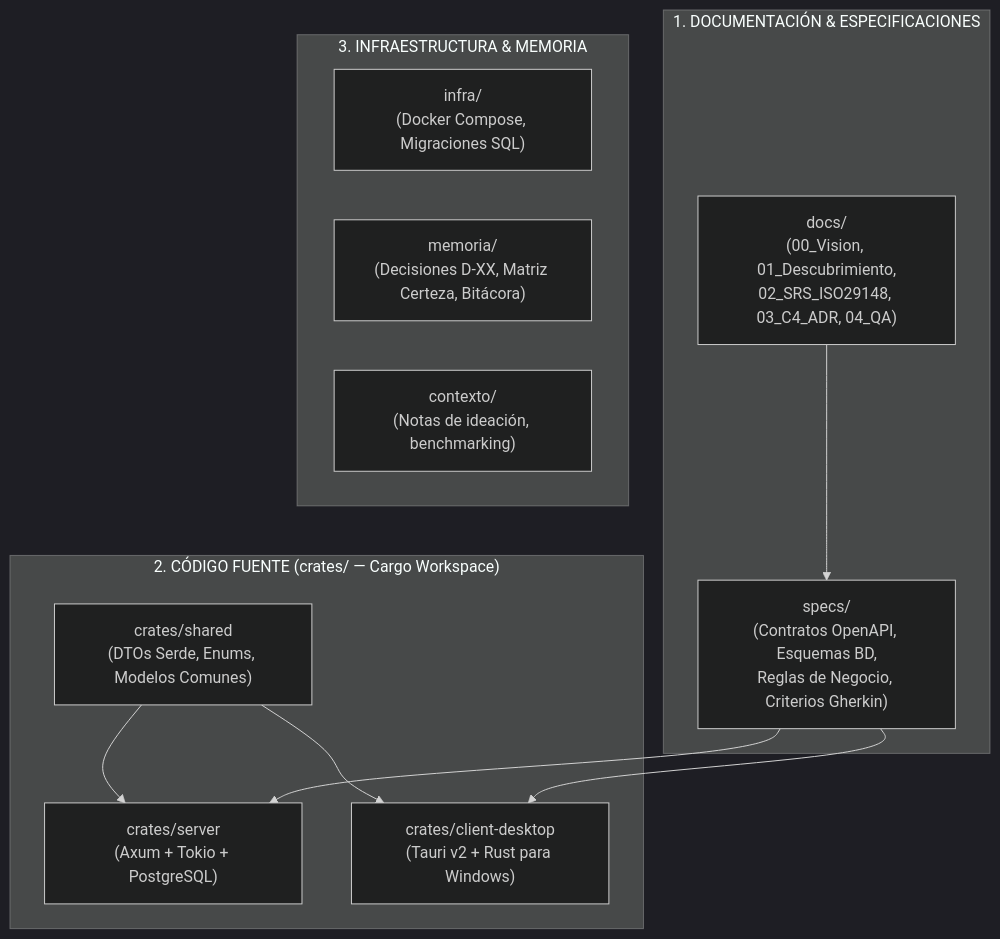
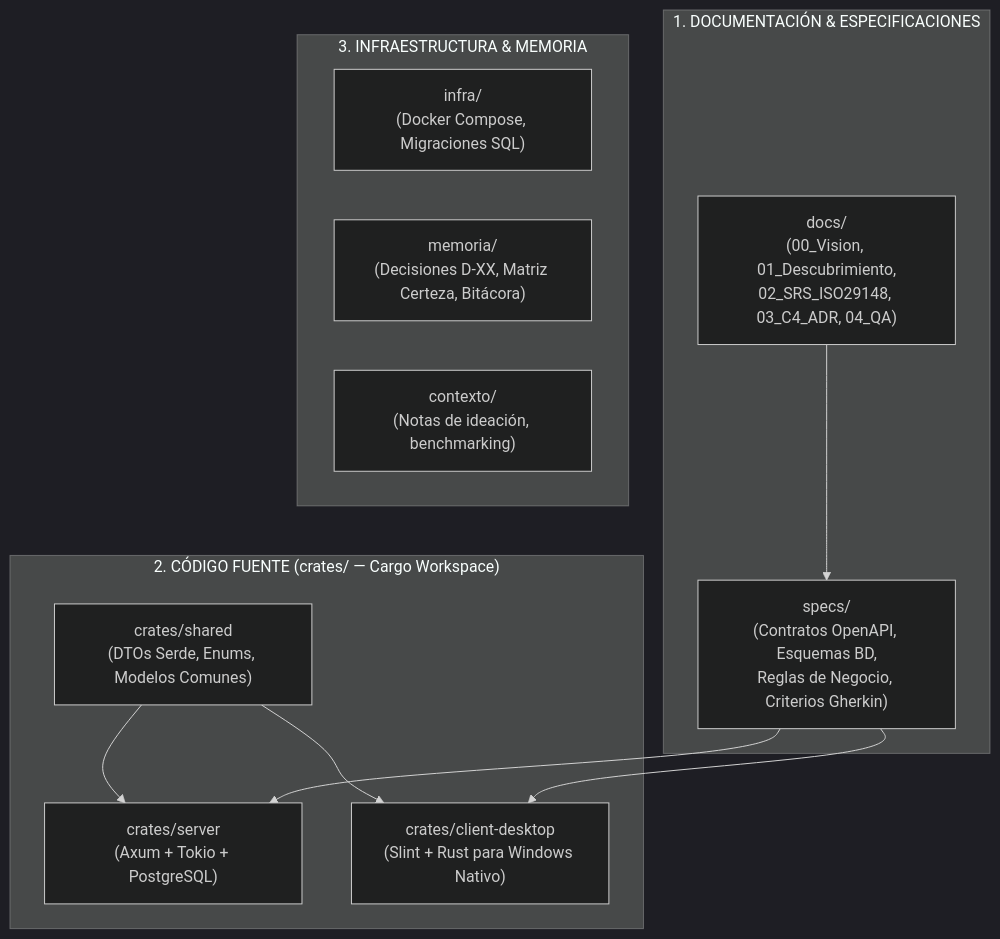
One commit to cr1c4rd0/Mamori changed the diagram in README.md. Above: the diagram before and after it, drawn with Mermaid (dark theme). The commit also changed other lines of this file and 10 other files, not shown here.

Commit message:
feat: migrate desktop client from tauri to native slint framework

````diff
--- a/README.md
+++ b/README.md
@@ -10,25 +10,25 @@
 ```mermaid
 flowchart TD
     subgraph P_DOCS ["1. DOCUMENTACIÓN & ESPECIFICACIONES"]
         DOCS["docs/<br/>(00_Vision, 01_Descubrimiento,<br/>02_SRS_ISO29148, 03_C4_ADR, 04_QA)"]
         SPECS["specs/<br/>(Contratos OpenAPI, Esquemas BD,<br/>Reglas de Negocio, Criterios Gherkin)"]
     end
 
     subgraph P_CODE ["2. CÓDIGO FUENTE (crates/ — Cargo Workspace)"]
         SHARED["crates/shared<br/>(DTOs Serde, Enums, Modelos Comunes)"]
         SERVER["crates/server<br/>(Axum + Tokio + PostgreSQL)"]
-        CLIENT["crates/client-desktop<br/>(Tauri v2 + Rust para Windows)"]
+        CLIENT["crates/client-desktop<br/>(Slint + Rust para Windows Nativo)"]
     end
 
     subgraph P_INFRA ["3. INFRAESTRUCTURA & MEMORIA"]
         INFRA["infra/<br/>(Docker Compose, Migraciones SQL)"]
         MEM["memoria/<br/>(Decisiones D-XX, Matriz Certeza, Bitácora)"]
         CTX["contexto/<br/>(Notas de ideación, benchmarking)"]
     end
 
     SHARED --> SERVER
     SHARED --> CLIENT
     SPECS --> SERVER
     SPECS --> CLIENT
     DOCS --> SPECS
 ```
````
